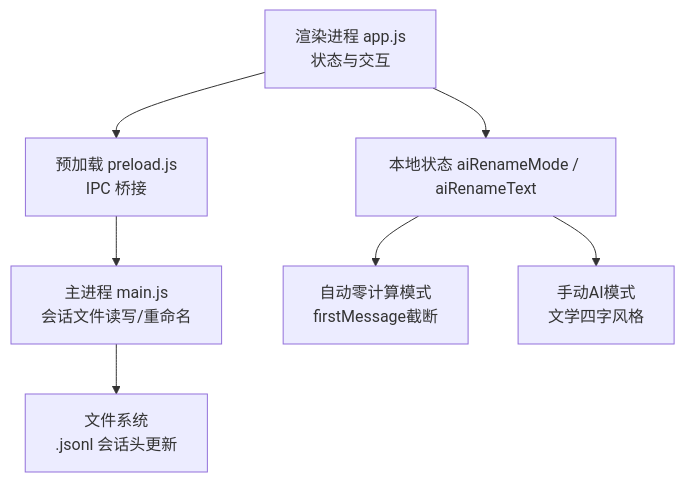
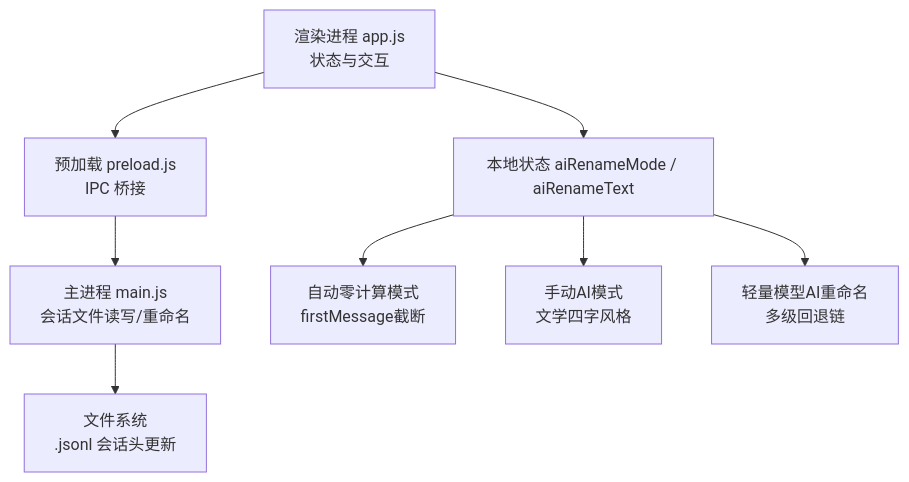
The first of 3 diagrams in .qoder/repowiki/zh/content/用户界面/AI智能重命名功能.md (swond-Mao/Tiffa), drawn with Mermaid before and after one commit. The commit also changed other lines of this file and 17 other files, not shown here.

````diff
--- a/.qoder/repowiki/zh/content/用户界面/AI智能重命名功能.md
+++ b/.qoder/repowiki/zh/content/用户界面/AI智能重命名功能.md
@@ -43,9 +43,10 @@
 ```mermaid
 graph TB
 UI["渲染进程 app.js<br/>状态与交互"] --> Bridge["预加载 preload.js<br/>IPC 桥接"]
 Bridge --> Main["主进程 main.js<br/>会话文件读写/重命名"]
 Main --> FS["文件系统<br/>.jsonl 会话头更新"]
 UI --> State["本地状态 aiRenameMode / aiRenameText"]
 State --> AutoMode["自动零计算模式<br/>firstMessage截断"]
 State --> ManualMode["手动AI模式<br/>文学四字风格"]
+State --> LightModel["轻量模型AI重命名<br/>多级回退链"]
 ```
````
